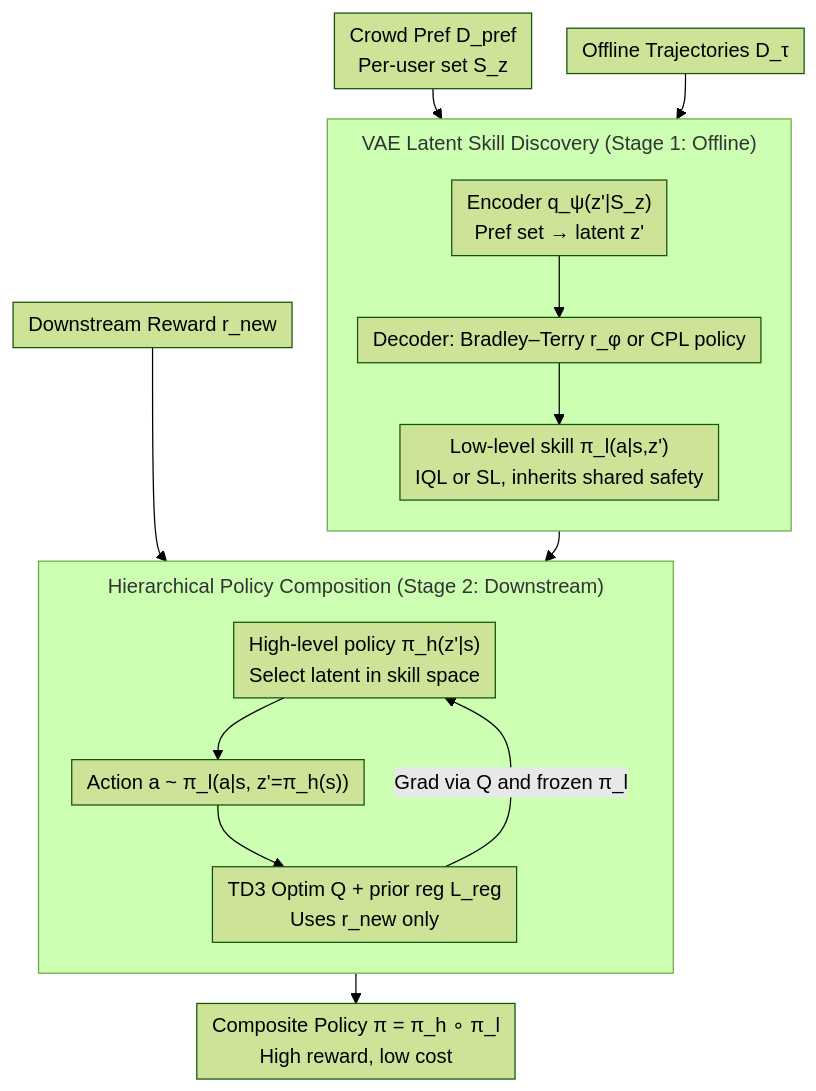
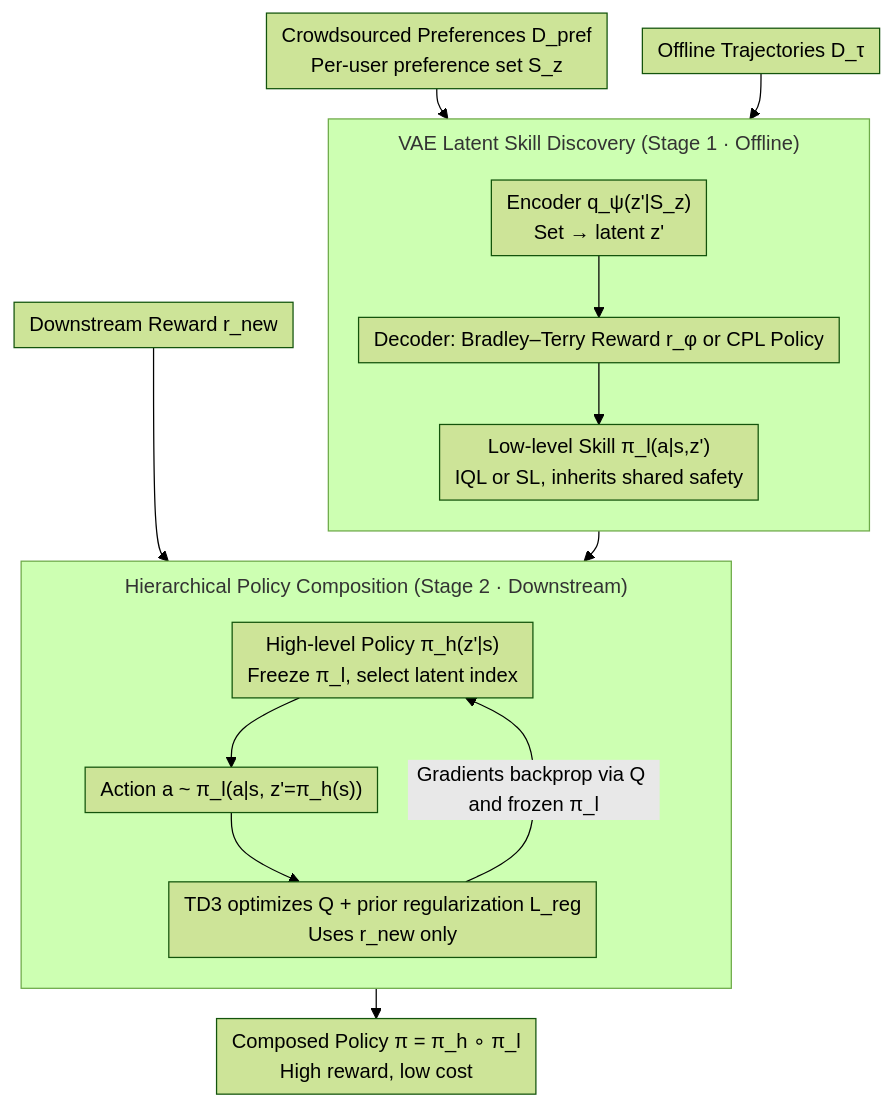
One commit to zhaoyang97/Paper-Notes-en changed the diagram in docs/ICML2026/llm_alignment/implicit_safety_alignment_from_crowd_preferences.md. Above: the diagram before and after it, drawn with Mermaid (forest theme). The commit also changed other lines of this file and 5084 other files, not shown here.

````diff
--- a/docs/ICML2026/llm_alignment/implicit_safety_alignment_from_crowd_preferences.md
+++ b/docs/ICML2026/llm_alignment/implicit_safety_alignment_from_crowd_preferences.md
@@ -44,30 +44,30 @@
 ```mermaid
 %%{init: {'flowchart': {'rankSpacing': 24, 'nodeSpacing': 28, 'padding': 6, 'wrappingWidth': 400, 'subGraphTitleMargin': {'top': 8, 'bottom': 16}}}}%%
 flowchart TD
-    P["Crowd Pref D_pref<br/>Per-user set S_z"]
+    P["Crowdsourced Preferences D_pref<br/>Per-user preference set S_z"]
     T["Offline Trajectories D_τ"]
     R["Downstream Reward r_new"]
 
-    subgraph SKILL["VAE Latent Skill Discovery (Stage 1: Offline)"]
+    subgraph SKILL["VAE Latent Skill Discovery (Stage 1 · Offline)"]
         direction TB
-        E["Encoder q_ψ(z'|S_z)<br/>Pref set → latent z'"]
-        D["Decoder: Bradley–Terry r_φ or CPL policy"]
-        L["Low-level skill π_l(a|s,z')<br/>IQL or SL, inherits shared safety"]
+        E["Encoder q_ψ(z'|S_z)<br/>Set → latent z'"]
+        D["Decoder: Bradley–Terry Reward r_φ or CPL Policy"]
+        L["Low-level Skill π_l(a|s,z')<br/>IQL or SL, inherits shared safety"]
         E --> D --> L
     end
 
-    subgraph DOWN["Hierarchical Policy Composition (Stage 2: Downstream)"]
+    subgraph DOWN["Hierarchical Policy Composition (Stage 2 · Downstream)"]
         direction TB
-        H["High-level policy π_h(z'|s)<br/>Select latent in skill space"]
+        H["High-level Policy π_h(z'|s)<br/>Freeze π_l, select latent index"]
         A["Action a ~ π_l(a|s, z'=π_h(s))"]
-        Q["TD3 Optim Q + prior reg L_reg<br/>Uses r_new only"]
+        Q["TD3 optimizes Q + prior regularization L_reg<br/>Uses r_new only"]
         H --> A --> Q
-        Q -->|Grad via Q and frozen π_l| H
+        Q -->|Gradients backprop via Q and frozen π_l| H
     end
 
     P --> E
     T --> D
     L --> H
     R --> Q
-    Q --> OUT["Composite Policy π = π_h ∘ π_l<br/>High reward, low cost"]
+    Q --> OUT["Composed Policy π = π_h ∘ π_l<br/>High reward, low cost"]
 ```
````
